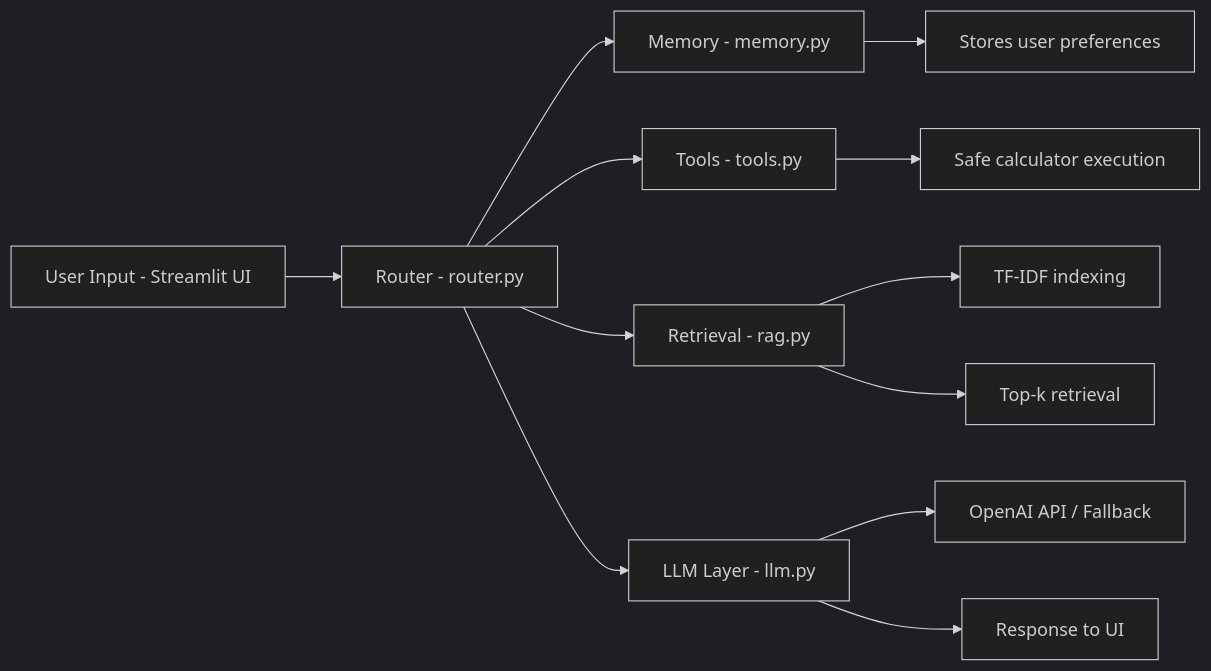
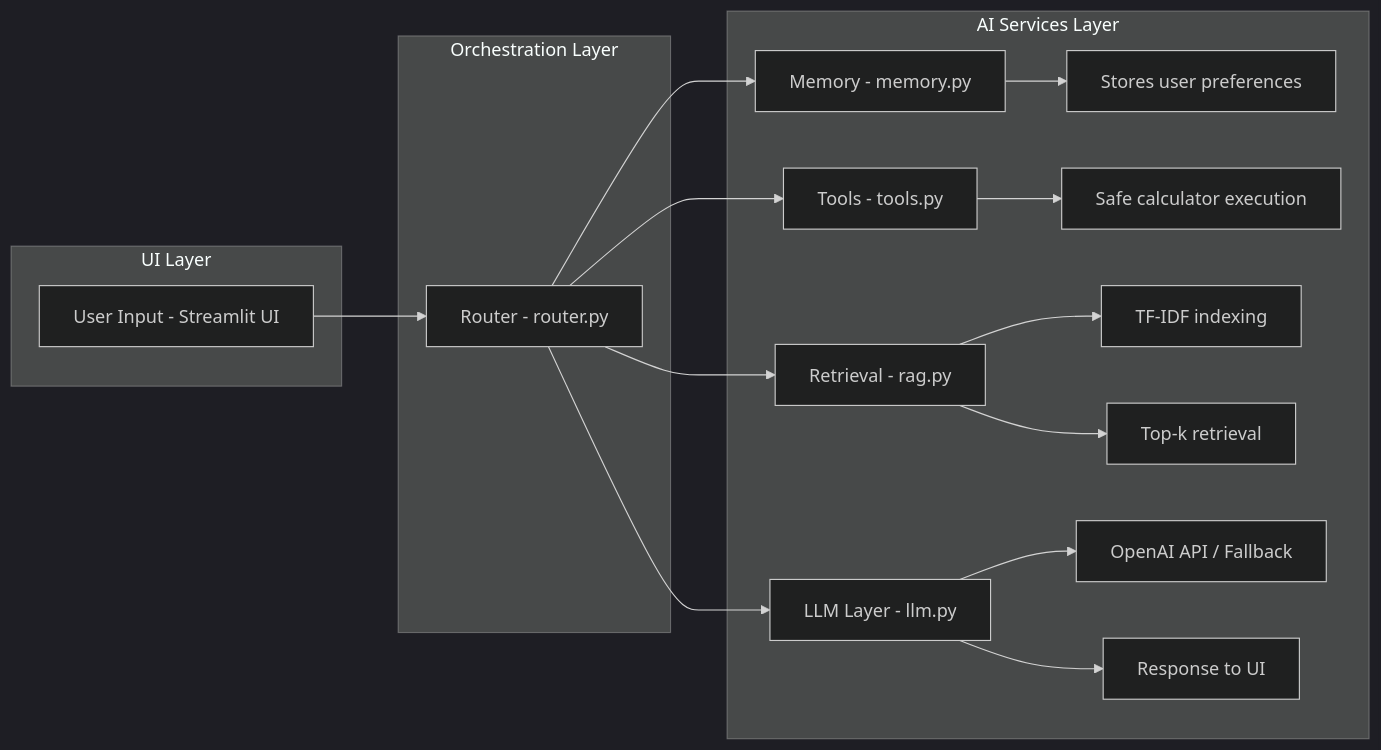
The diagram in flagship-ai-assistant/README.md (dmortalla/mlai-portfolio), drawn with Mermaid (dark theme) before and after one commit.

Commit message:
Enhance architecture diagram in README
Updated the architecture diagram to include subgraphs for UI, orchestration, and AI services layers.

````diff
--- a/flagship-ai-assistant/README.md
+++ b/flagship-ai-assistant/README.md
@@ -65,17 +65,40 @@
 ```mermaid
 flowchart LR
-    UI["User Input - Streamlit UI"] --> Router["Router - router.py"]
 
-    Router --> Memory["Memory - memory.py"]
-    Router --> Tools["Tools - tools.py"]
-    Router --> Retrieval["Retrieval - rag.py"]
-    Router --> LLM["LLM Layer - llm.py"]
+    subgraph UI["UI Layer"]
+        UI1["User Input - Streamlit UI"]
+    end
 
-    Memory --> M1["Stores user preferences"]
-    Tools --> T1["Safe calculator execution"]
-    Retrieval --> R1["TF-IDF indexing"]
-    Retrieval --> R2["Top-k retrieval"]
-    LLM --> L1["OpenAI API / Fallback"]
+    subgraph ORCH["Orchestration Layer"]
+        OR1["Router - router.py"]
+    end
 
-    LLM --> Response["Response to UI"]
+    subgraph AI["AI Services Layer"]
+        M1["Memory - memory.py"]
+        M2["Stores user preferences"]
+        T1["Tools - tools.py"]
+        T2["Safe calculator execution"]
+        R1["Retrieval - rag.py"]
+        R2["TF-IDF indexing"]
+        R3["Top-k retrieval"]
+        L1["LLM Layer - llm.py"]
+        L2["OpenAI API / Fallback"]
+        OUT["Response to UI"]
+    end
+
+    UI1 --> OR1
+
+    OR1 --> M1
+    M1 --> M2
+
+    OR1 --> T1
+    T1 --> T2
+
+    OR1 --> R1
+    R1 --> R2
+    R1 --> R3
+
+    OR1 --> L1
+    L1 --> L2
+    L1 --> OUT
 ```
````
